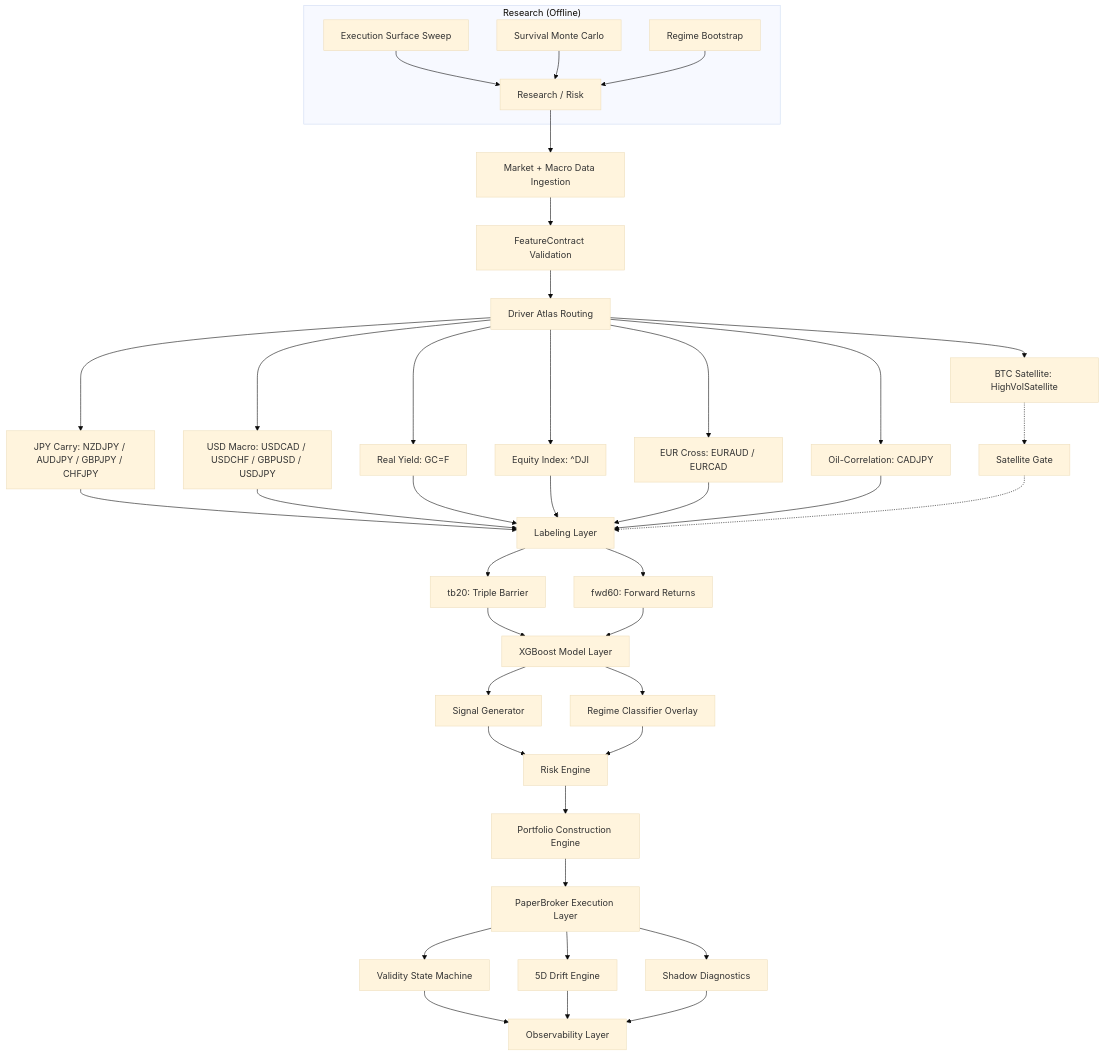
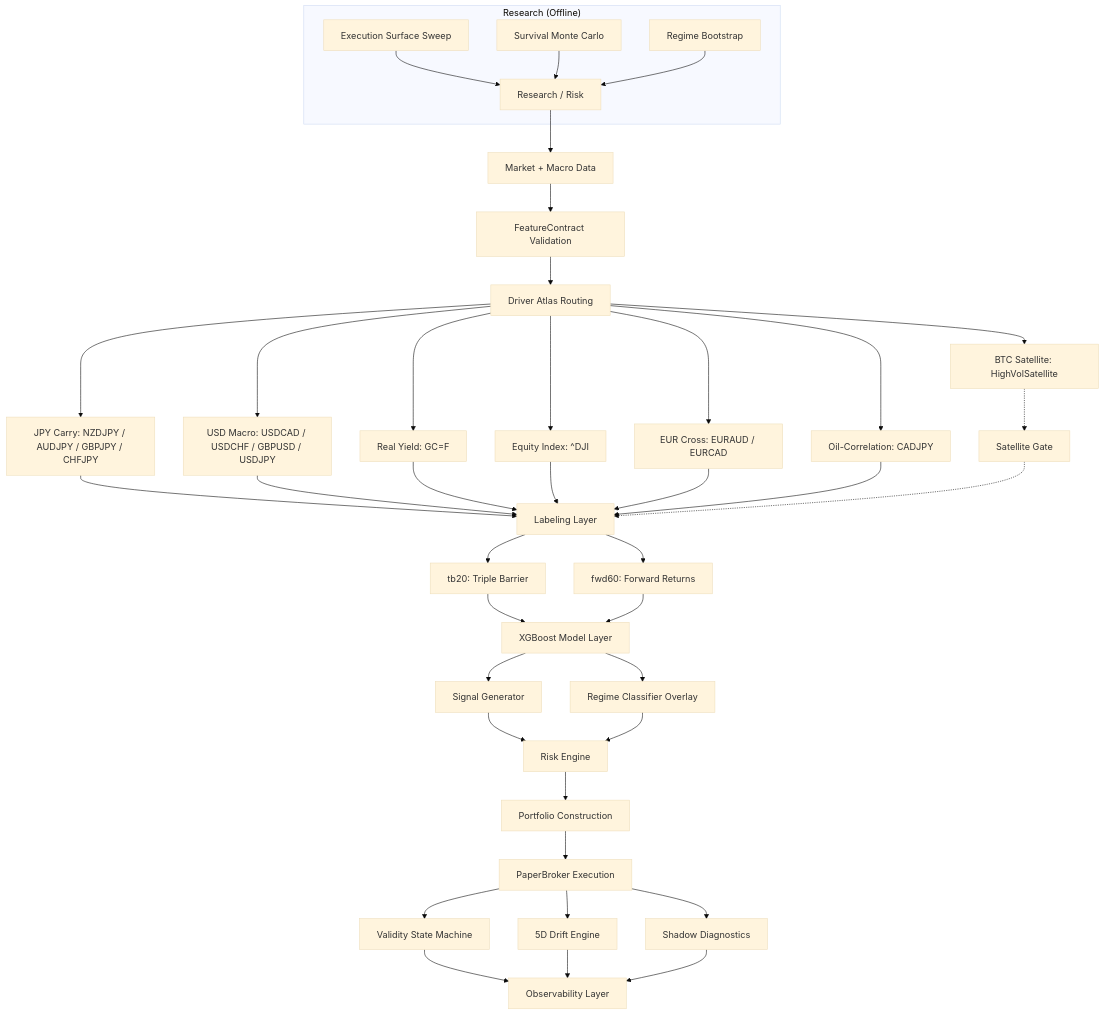
One commit to manuelhorvey/EigenCapital changed the diagram in README.md. Above: the diagram before and after it, drawn with Mermaid (base theme). The commit also changed other lines of this file and 4 other files, not shown here.

````diff
--- a/README.md
+++ b/README.md
@@ -815,48 +35,38 @@
 ```mermaid
 graph TD
-
-A[Market + Macro Data Ingestion] --> B[FeatureContract Validation]
+A[Market + Macro Data] --> B[FeatureContract Validation]
 B --> C[Driver Atlas Routing]
-
 C --> D1[JPY Carry: NZDJPY / AUDJPY / GBPJPY / CHFJPY]
 C --> D2[USD Macro: USDCAD / USDCHF / GBPUSD / USDJPY]
 C --> D3[Real Yield: GC=F]
 C --> D4[Equity Index: ^DJI]
 C --> D5[EUR Cross: EURAUD / EURCAD]
 C --> D6[Oil-Correlation: CADJPY]
 C --> D7[BTC Satellite: HighVolSatellite]
 
 D1 & D2 & D3 & D4 & D5 & D6 --> E[Labeling Layer]
 D7 -.-> S[Satellite Gate]
 S -.-> E
 
 E --> F1[tb20: Triple Barrier]
 E --> F2[fwd60: Forward Returns]
-
 F1 & F2 --> G[XGBoost Model Layer]
-
 G --> H[Regime Classifier Overlay]
 G --> I[Signal Generator]
-
 I --> J[Risk Engine]
 H --> J
-
-J --> K[Portfolio Construction Engine]
-
-K --> L[PaperBroker Execution Layer]
-
+J --> K[Portfolio Construction]
+K --> L[PaperBroker Execution]
 L --> M[Validity State Machine]
 L --> N[5D Drift Engine]
 L --> O[Shadow Diagnostics]
-
 M & N & O --> P[Observability Layer]
 
 subgraph "Research (Offline)"
     R1[Execution Surface Sweep]
     R2[Survival Monte Carlo]
     R3[Regime Bootstrap]
     R1 & R2 & R3 --> R[Research / Risk]
 end
-
 R --> A
 ```
````
